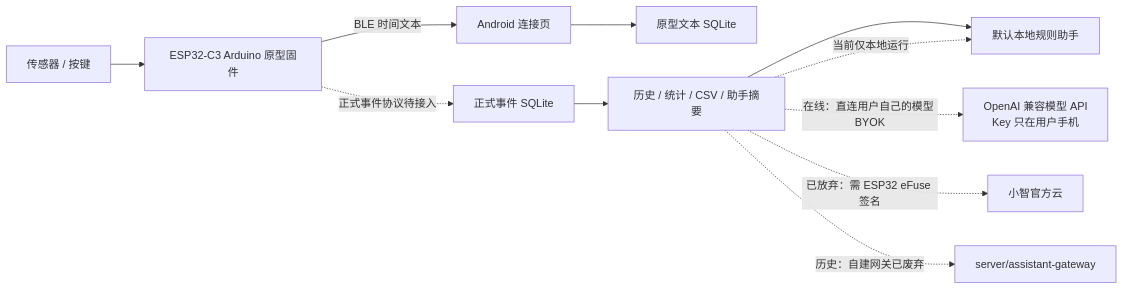
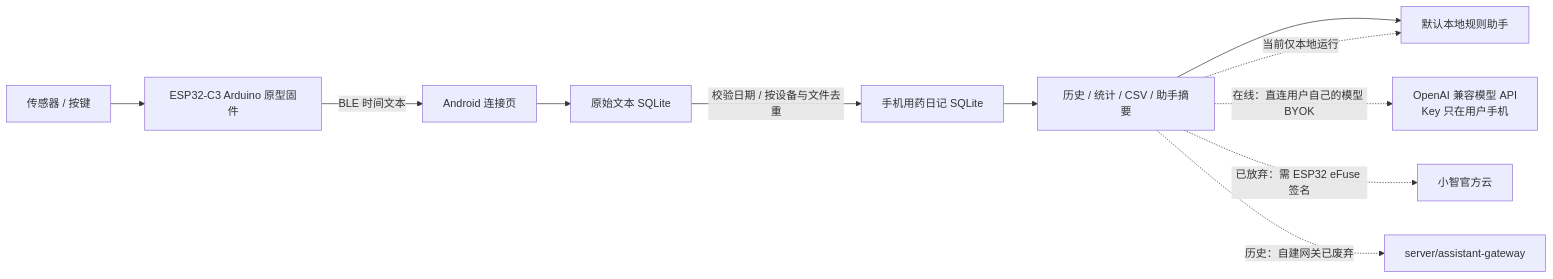
One commit to zyc-ivsd/esp32-medication-device changed the diagram in README.md. Above: the diagram before and after it, drawn with Mermaid. The commit also changed other lines of this file and 70 other files, not shown here.

````diff
--- a/README.md
+++ b/README.md
@@ -9,13 +9,13 @@
 ```mermaid
 flowchart LR
   HW[传感器 / 按键] --> FW[ESP32-C3 Arduino 原型固件]
   FW -->|BLE 时间文本| BLE[Android 连接页]
-  BLE --> DB1[原型文本 SQLite]
-  FW -. 正式事件协议待接入 .-> DB2[正式事件 SQLite]
+  BLE --> DB1[原始文本 SQLite]
+  DB1 -->|校验日期 / 按设备与文件去重| DB2[手机用药日记 SQLite]
   DB2 --> UI[历史 / 统计 / CSV / 助手摘要]
   UI --> LOCAL[默认本地规则助手]
   UI -. 当前仅本地运行 .-> LOCAL
   UI -. 在线：直连用户自己的模型 BYOK .-> MODEL[OpenAI 兼容模型 API<br/>Key 只在用户手机]
   UI -. 已放弃：需 ESP32 eFuse 签名 .-> CLOUD[小智官方云]
   UI -. 历史：自建网关已废弃 .-> GW[server/assistant-gateway]
 ```
````
